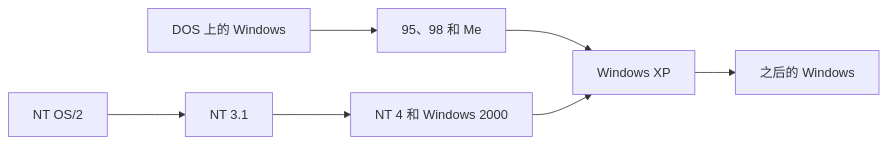
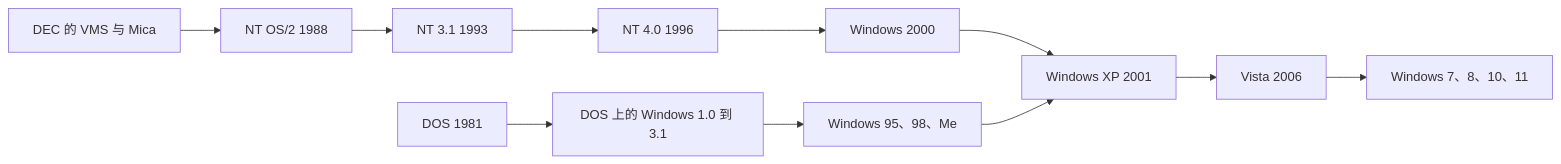
One commit to luzhixing12345/luzhixing12345.github.io changed the diagram in blog/Windows NT：微软为什么要重新发明 Windows.md. Above: the diagram before and after it, drawn with Mermaid. The commit also changed other lines of this file and 27 other files, not shown here.

````diff
--- a/blog/Windows NT：微软为什么要重新发明 Windows.md
+++ b/blog/Windows NT：微软为什么要重新发明 Windows.md
@@ -53,9 +368,13 @@
 ```mermaid
 flowchart LR
-  dos[DOS 上的 Windows] --> w9x[95、98 和 Me]
-  ntos[NT OS/2] --> nt31[NT 3.1]
-  nt31 --> ntlate[NT 4 和 Windows 2000]
-  w9x --> xp[Windows XP]
-  ntlate --> xp
-  xp --> later[之后的 Windows]
+  dos[DOS 1981] --> win[DOS 上的 Windows 1.0 到 3.1]
+  win --> w9x[Windows 95、98、Me]
+  mica[DEC 的 VMS 与 Mica] --> ntos[NT OS/2 1988]
+  ntos --> nt31[NT 3.1 1993]
+  nt31 --> nt4[NT 4.0 1996]
+  nt4 --> w2k[Windows 2000]
+  w2k --> xp[Windows XP 2001]
+  w9x --> xp
+  xp --> vista[Vista 2006]
+  vista --> w7[Windows 7、8、10、11]
 ```
````
